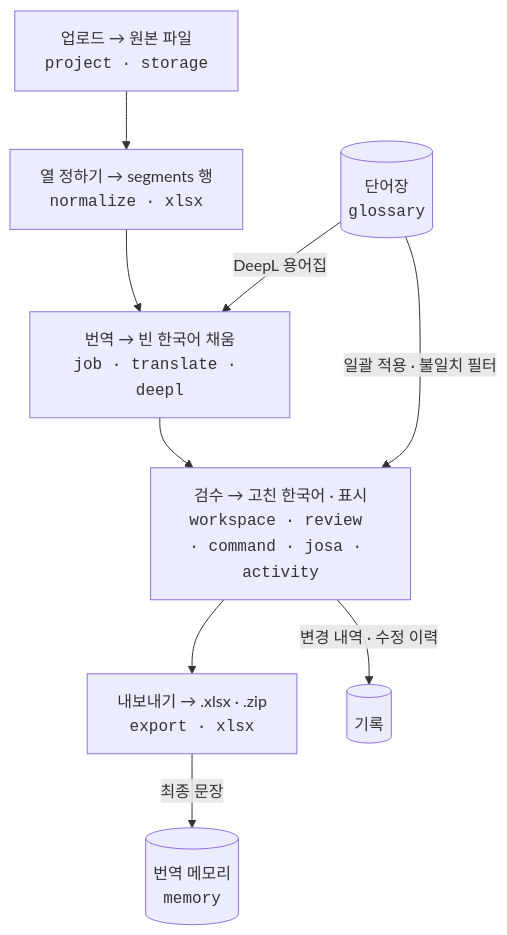
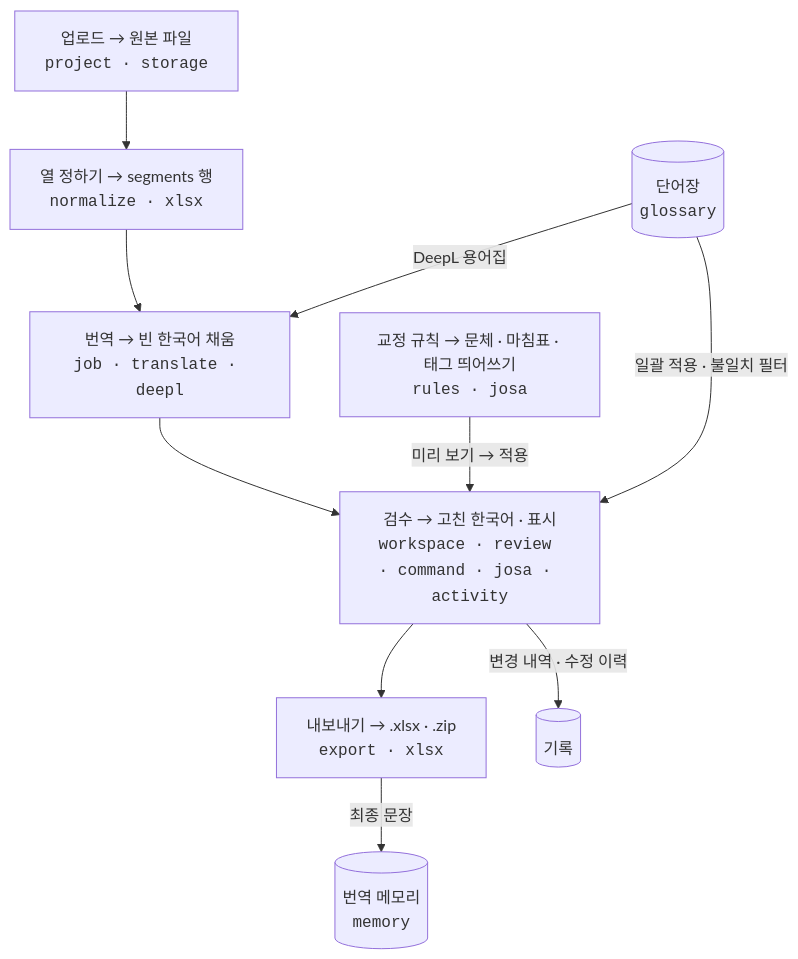
Before and after one commit to Hong9915/game_translation: the third of 3 diagrams in README.md, drawn with Mermaid. The commit also changed other lines of this file, not shown here.

````diff
--- a/README.md
+++ b/README.md
@@ -68,11 +82,12 @@
 ```mermaid
 flowchart TD
   U["업로드 → 원본 파일<br/><code>project · storage</code>"] --> N["열 정하기 → segments 행<br/><code>normalize · xlsx</code>"]
   N --> T["번역 → 빈 한국어 채움<br/><code>job · translate · deepl</code>"]
   T --> R["검수 → 고친 한국어 · 표시<br/><code>workspace · review · command · josa · activity</code>"]
+  C["교정 규칙 → 문체 · 마침표 · 태그 띄어쓰기<br/><code>rules · josa</code>"] -->|미리 보기 → 적용| R
   R --> E["내보내기 → .xlsx · .zip<br/><code>export · xlsx</code>"]
   G[("단어장<br/><code>glossary</code>")] -->|DeepL 용어집| T
   G -->|일괄 적용 · 불일치 필터| R
   R -->|변경 내역 · 수정 이력| H[("기록")]
   E -->|최종 문장| M[("번역 메모리<br/><code>memory</code>")]
 ```
````
